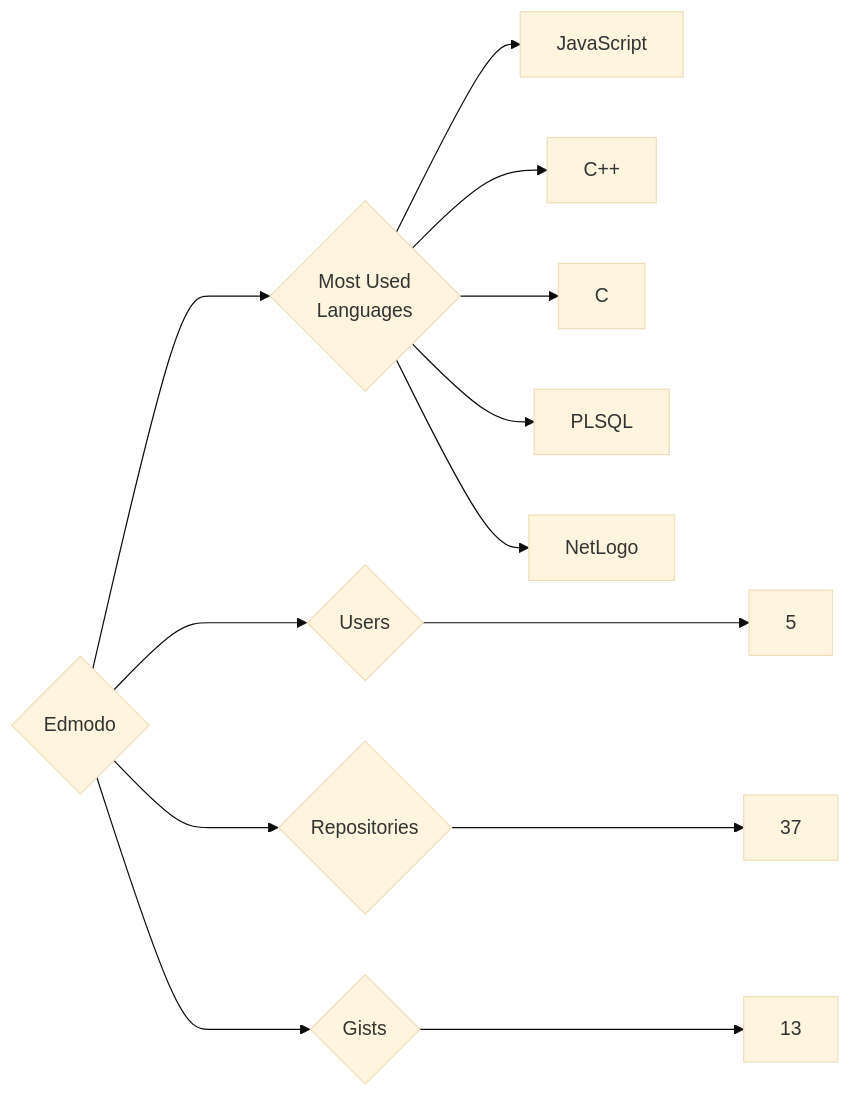
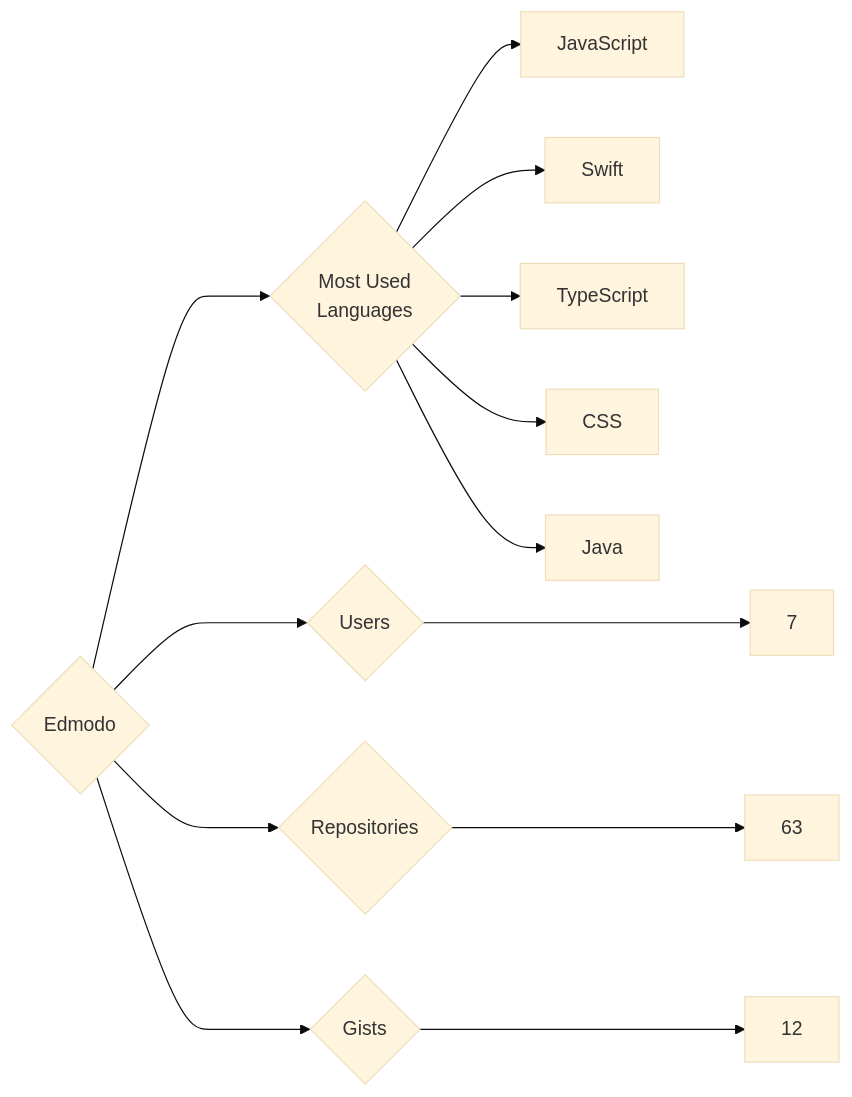
Before and after one commit to trickest/insiders: the diagram in targets/Edmodo/README.md, drawn with Mermaid (base theme). The commit also changed 1023 other files, not shown here.

````diff
--- a/targets/Edmodo/README.md
+++ b/targets/Edmodo/README.md
@@ -3,13 +3,13 @@
 ```mermaid
 graph LR
 COMPANY_NAME{Edmodo}
-COMPANY_NAME ---> U{Users} ---> UN[5]
-COMPANY_NAME ---> R{Repositories} ---> RN[37]
-COMPANY_NAME ---> G{Gists} ---> GN[13]
+COMPANY_NAME ---> U{Users} ---> UN[7]
+COMPANY_NAME ---> R{Repositories} ---> RN[63]
+COMPANY_NAME ---> G{Gists} ---> GN[12]
 COMPANY_NAME ---> ML{Most Used<br>Languages}
 ML --> JavaScript[JavaScript]
-ML --> C++[C++]
-ML --> C[C]
-ML --> PLSQL[PLSQL]
-ML --> NetLogo[NetLogo]
+ML --> Swift[Swift]
+ML --> TypeScript[TypeScript]
+ML --> CSS[CSS]
+ML --> Java[Java]
 ```
````
